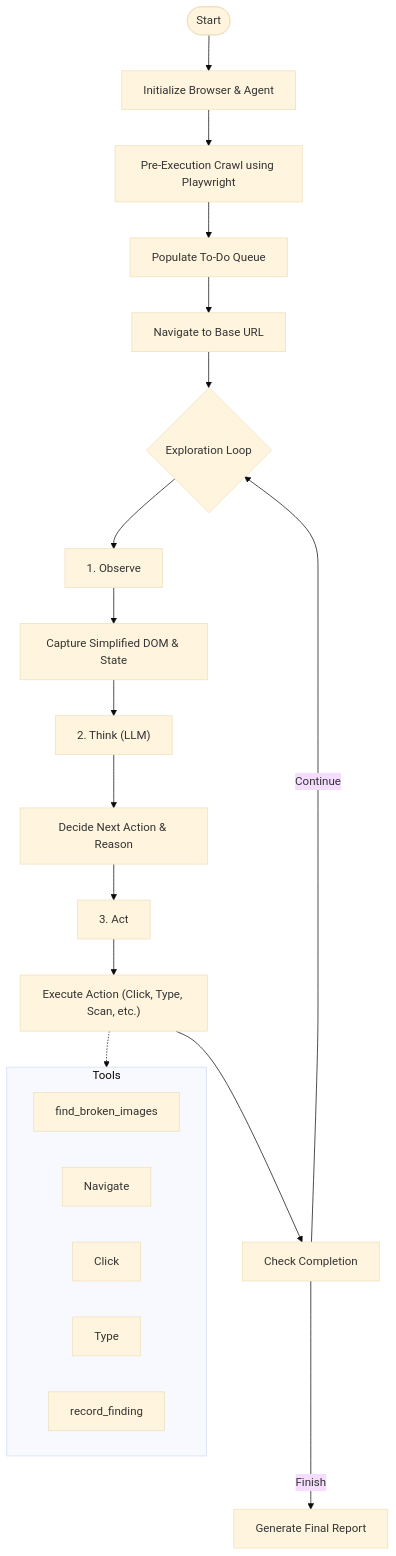
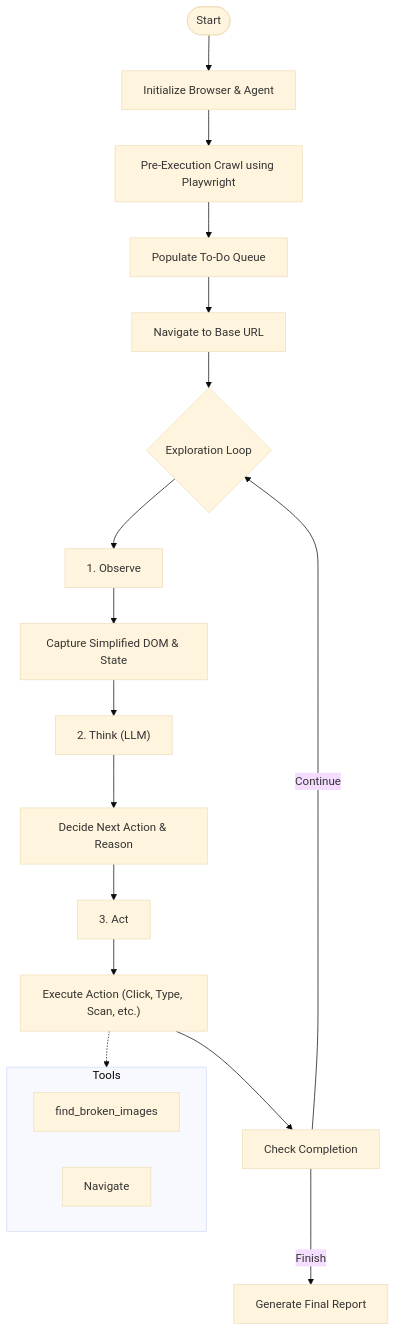
One commit to crislerwin/qa-agent changed the diagram in README.md. Above: the diagram before and after it, drawn with Mermaid (base theme). The commit also changed other lines of this file and 1 other file, not shown here.

Commit message:
refactor: remove unecessary tools

````diff
--- a/README.md
+++ b/README.md
@@ -21,31 +21,28 @@
 ```mermaid
 graph TD
     Start([Start]) --> Init[Initialize Browser & Agent]
     Init --> Crawl[Pre-Execution Crawl using Playwright]
     Crawl --> Populate[Populate To-Do Queue]
     Populate --> Nav[Navigate to Base URL]
     Nav --> Loop{Exploration Loop}
 
     Loop --> Observe[1. Observe]
     Observe --> Snapshot["Capture Simplified DOM & State"]
 
     Snapshot --> Think["2. Think (LLM)"]
     Think --> Plan["Decide Next Action & Reason"]
 
     Plan --> Act[3. Act]
     Act --> Execute["Execute Action (Click, Type, Scan, etc.)"]
 
     Execute --> Check[Check Completion]
     Check -- Continue --> Loop
     Check -- Finish --> Report[Generate Final Report]
 
     subgraph Tools
     FindBroken[find_broken_images]
     Navigate
-    Click
-    Type
-    RecordFinding[record_finding]
     end
 
     Execute -.-> Tools
 ```
````
